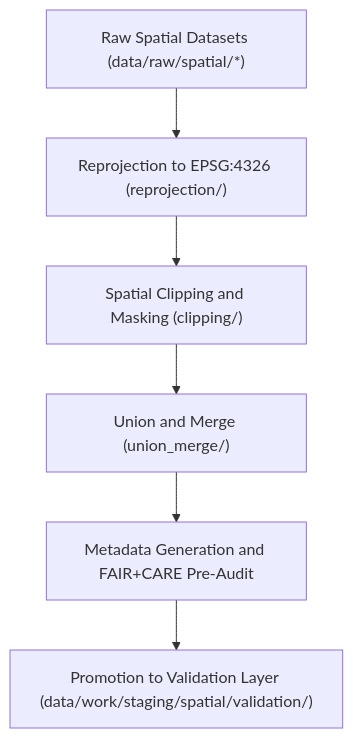
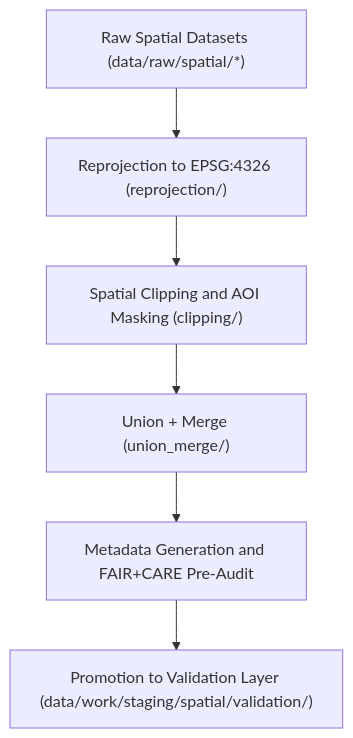
One commit to bartytime4life/Kansas-Frontier-Matrix changed the diagram in data/work/staging/spatial/tmp/README.md. Above: the diagram before and after it, drawn with Mermaid. The commit also changed other lines of this file, not shown here.

````diff
--- a/data/work/staging/spatial/tmp/README.md
+++ b/data/work/staging/spatial/tmp/README.md
@@ -75,8 +78,8 @@
 ```mermaid
 flowchart TD
     A["Raw Spatial Datasets (data/raw/spatial/*)"] --> B["Reprojection to EPSG:4326 (reprojection/)"]
-    B --> C["Spatial Clipping and Masking (clipping/)"]
-    C --> D["Union and Merge (union_merge/)"]
+    B --> C["Spatial Clipping and AOI Masking (clipping/)"]
+    C --> D["Union + Merge (union_merge/)"]
     D --> E["Metadata Generation and FAIR+CARE Pre-Audit"]
     E --> F["Promotion to Validation Layer (data/work/staging/spatial/validation/)"]
 ```
````
